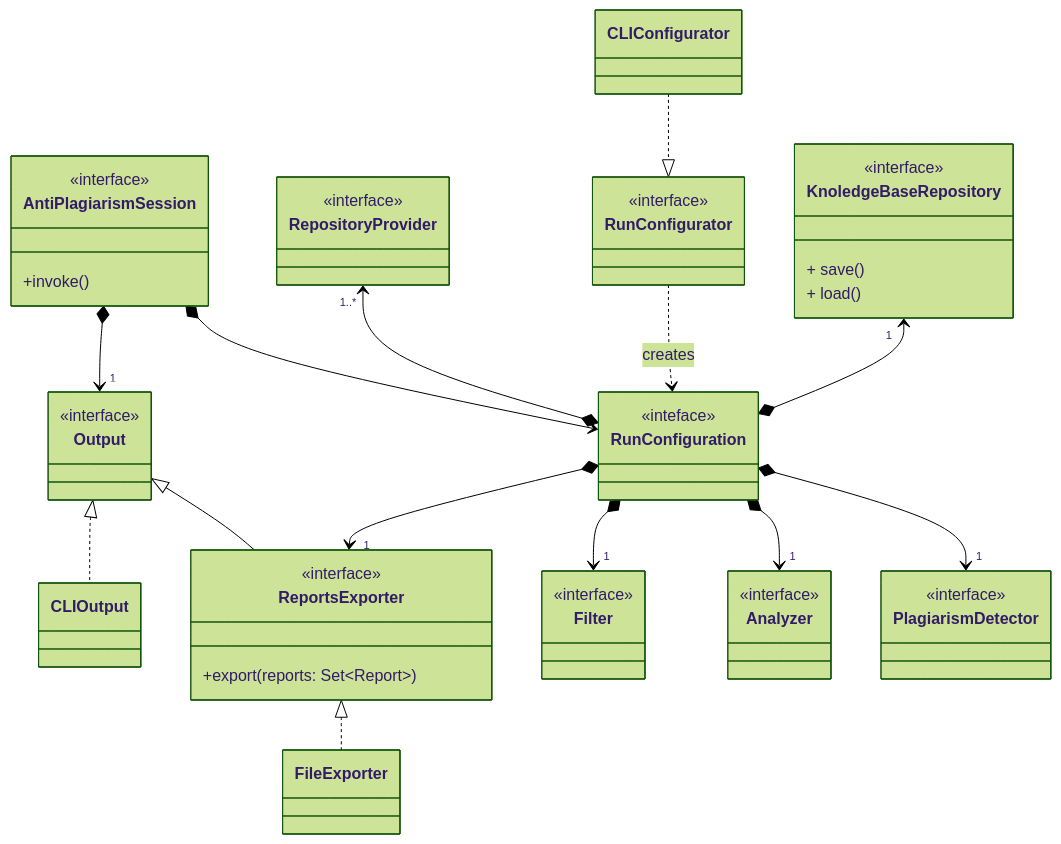
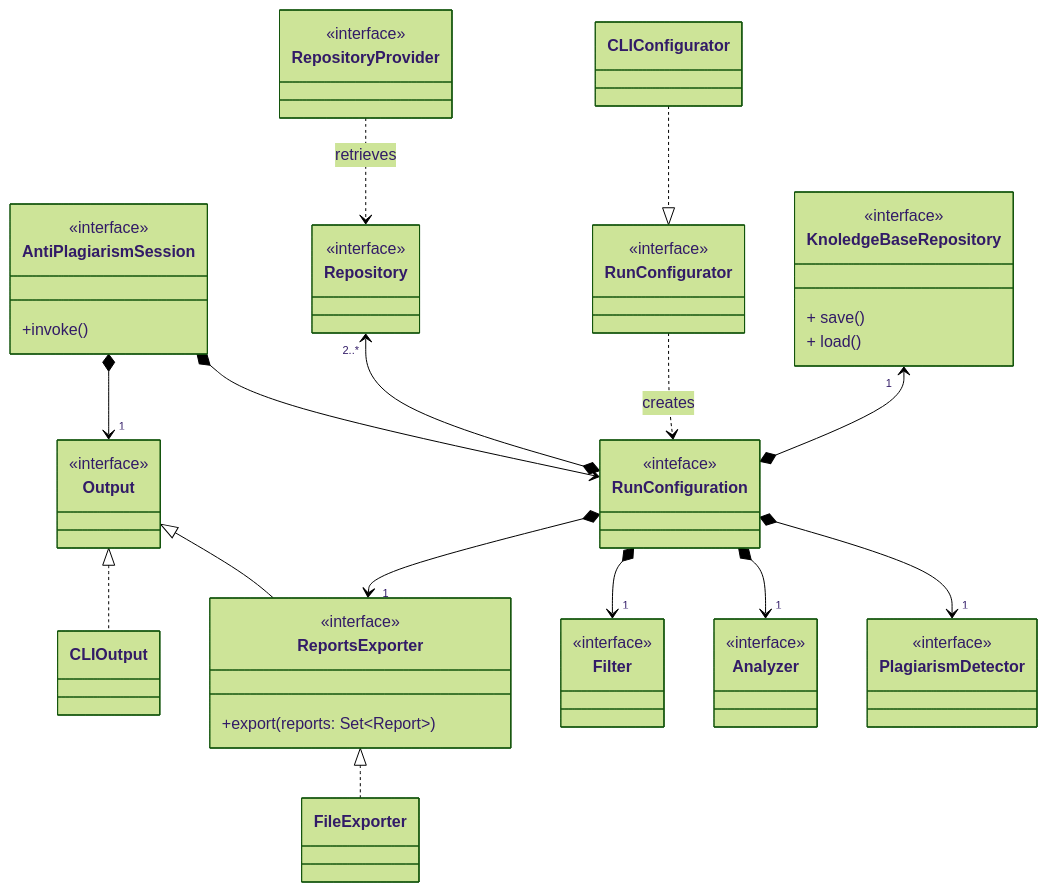
The second of 12 diagrams in doc.md (tassiLuca/code-plagiarism-detector-doc), drawn with Mermaid (forest theme) before and after one commit. The commit also changed other lines of this file, not shown here.

````diff
--- a/doc.md
+++ b/doc.md
@@ -111,59 +112,63 @@
 ```mermaid
 classDiagram
 direction TB
     class AntiPlagiarismSession {
         <<interface>>
         +invoke()
     }
-
-    class RepositoryProvider {
-        <<interface>>
-    }
-    RepositoryProvider "1..*" <--* RunConfiguration
 
     class RunConfigurator {
         <<interface>>
     }
     CLIConfigurator ..|> RunConfigurator
 
     class RunConfiguration {
         <<inteface>>
     }
     RunConfigurator ..> RunConfiguration: creates
     AntiPlagiarismSession *--> RunConfiguration
+
+    class RepositoryProvider {
+        <<interface>>
+    }
+    class Repository {
+        <<interface>>
+    }
+    Repository "2..*" <--* RunConfiguration
+    RepositoryProvider ..> Repository: retrieves
 
     class PlagiarismDetector {
         <<interface>>
     }
     RunConfiguration *--> "1" PlagiarismDetector
 
     class Analyzer {
         <<interface>>
     }
     RunConfiguration *--> "1" Analyzer
 
     class Filter {
         <<interface>>
     }
     RunConfiguration *--> "1" Filter
 
     class KnoledgeBaseRepository {
         <<interface>>
         + save()
         + load()
     }
     KnoledgeBaseRepository "1" <--* RunConfiguration
 
     class Output {
         <<interface>>
     }
     class ReportsExporter {
         <<interface>>
         +export(reports: Set~Report~)
     }
     Output <|-- ReportsExporter
     ReportsExporter <|.. FileExporter
     RunConfiguration *--> "1" ReportsExporter
     Output <|.. CLIOutput
     AntiPlagiarismSession *--> "1" Output
 ```
````
